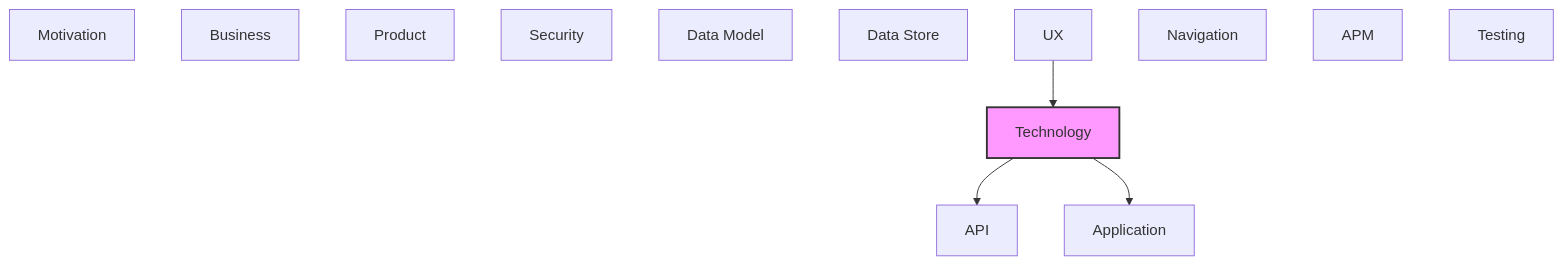
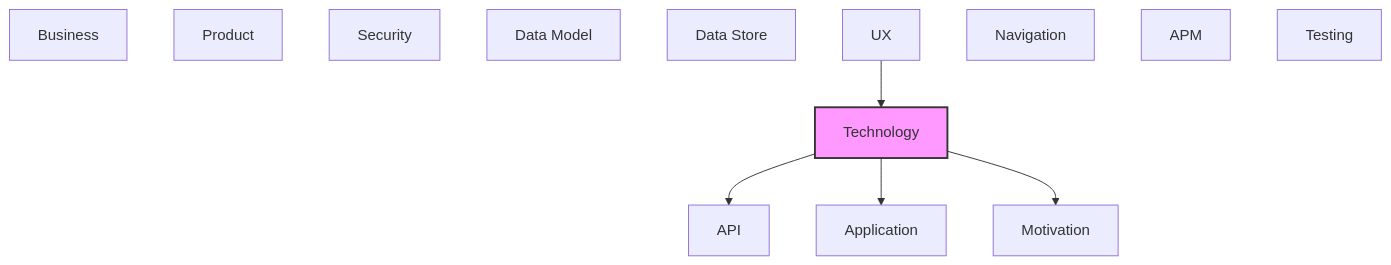
One commit to tinkermonkey/documentation_robotics_viewer changed the second of 2 diagrams in documentation-robotics/reports/06-technology-layer-report.md. Above: the diagram before and after it, drawn with Mermaid. The commit also changed other lines of this file and 65 other files, not shown here.

First line of the commit message:
feat(architecture): C4 diagrams of the model in a new Architecture view

````diff
--- a/documentation-robotics/reports/06-technology-layer-report.md
+++ b/documentation-robotics/reports/06-technology-layer-report.md
@@ -94,21 +95,22 @@
 ```mermaid
 flowchart TB
   classDef current fill:#f9f,stroke:#333,stroke-width:2px
   motivation["Motivation"]
   business["Business"]
   product["Product"]
   security["Security"]
   application["Application"]
   technology["Technology"]
   api["API"]
   data_model["Data Model"]
   data_store["Data Store"]
   ux["UX"]
   navigation["Navigation"]
   apm["APM"]
   testing["Testing"]
   technology --> api
   technology --> application
+  technology --> motivation
   ux --> technology
   class technology current
 ```
````
